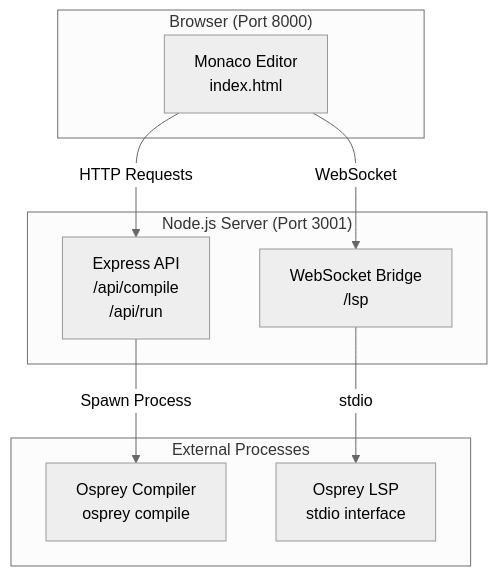
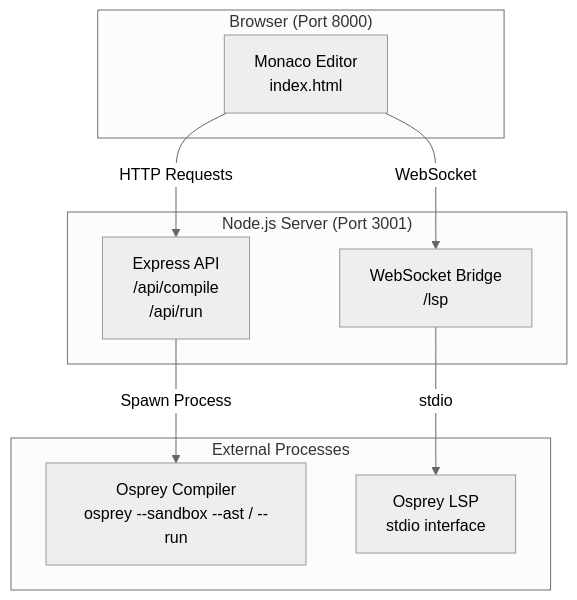
One commit to MelbourneDeveloper/osprey changed the diagram in webcompiler/README.md. Above: the diagram before and after it, drawn with Mermaid (neutral theme). The commit also changed 248 other files, not shown here.

````diff
--- a/webcompiler/README.md
+++ b/webcompiler/README.md
@@ -11,21 +11,21 @@
 ```mermaid
 graph TB
     subgraph "Browser (Port 8000)"
         A["Monaco Editor<br/>index.html"]
     end
     
     subgraph "Node.js Server (Port 3001)"
         B["Express API<br/>/api/compile<br/>/api/run"]
         C["WebSocket Bridge<br/>/lsp"]
     end
     
     subgraph "External Processes"
-        D["Osprey Compiler<br/>osprey compile"]
+        D["Osprey Compiler<br/>osprey --sandbox --ast / --run"]
         E["Osprey LSP<br/>stdio interface"]
     end
     
     A -->|"HTTP Requests"| B
     A -->|"WebSocket"| C
     B -->|"Spawn Process"| D
     C -->|"stdio"| E
 ```
````
